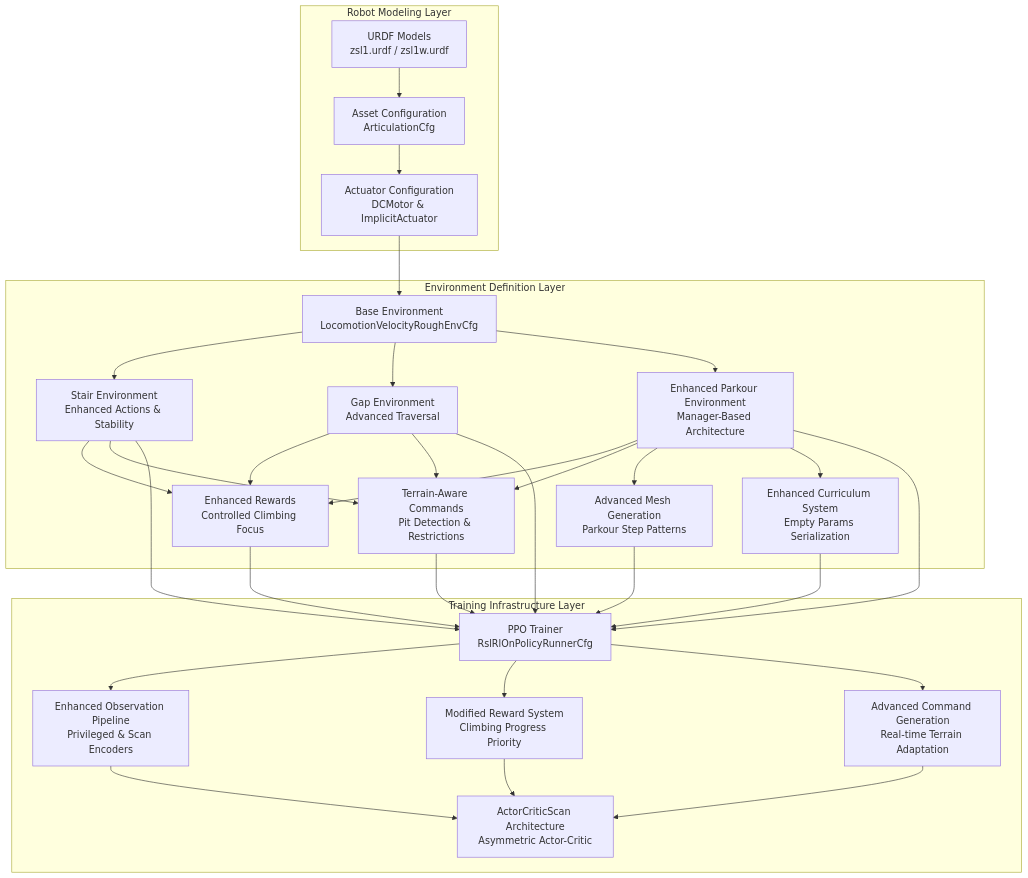
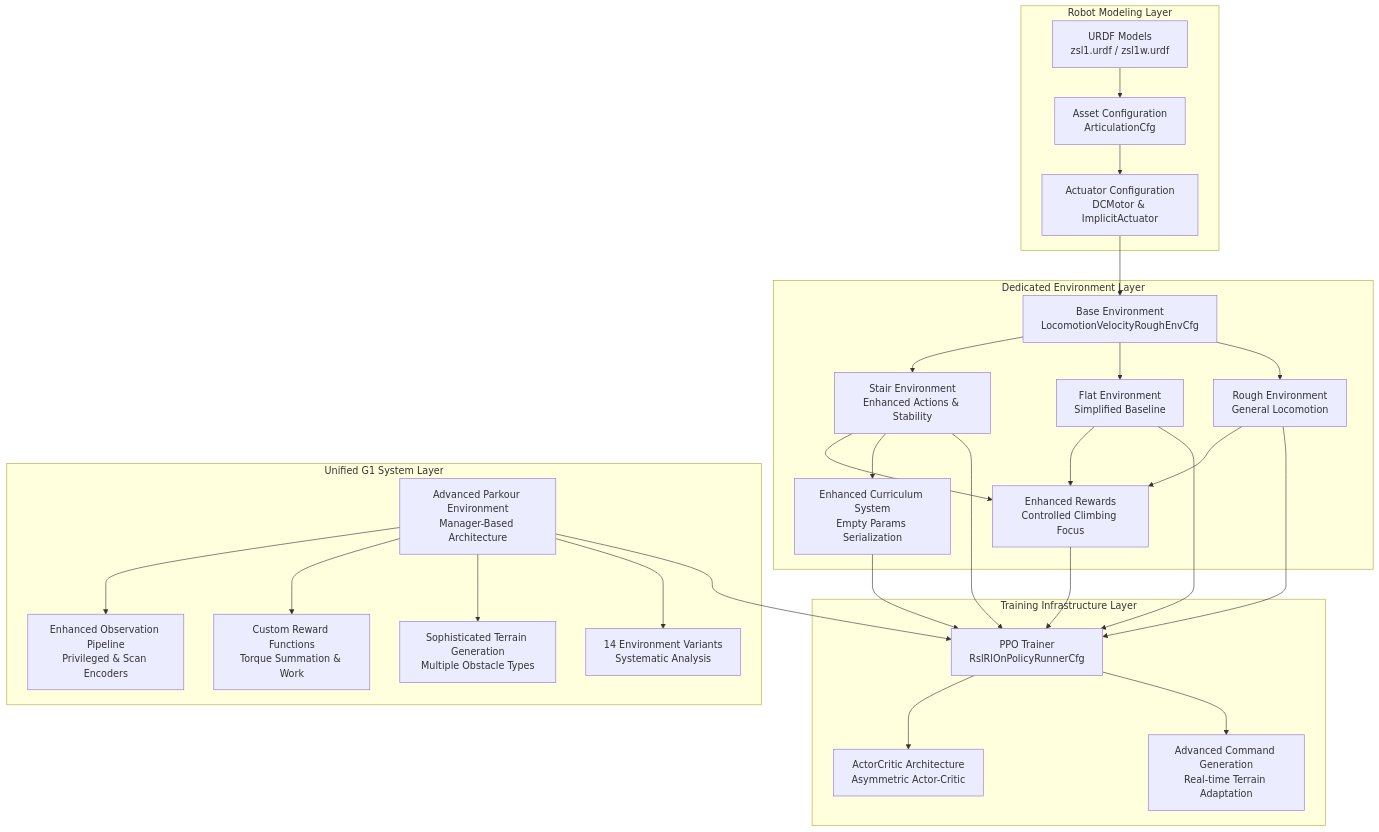
The second of 13 diagrams in .qoder/repowiki/en/content/ZSIBOT ZSL1 Stair Climbing Configuration.md (jayjayhust/robot_lab), drawn with Mermaid before and after one commit. The commit also changed other lines of this file and 14 other files, not shown here.

````diff
--- a/.qoder/repowiki/en/content/ZSIBOT ZSL1 Stair Climbing Configuration.md
+++ b/.qoder/repowiki/en/content/ZSIBOT ZSL1 Stair Climbing Configuration.md
@@ -199,52 +156,50 @@
 ```mermaid
 graph TB
 subgraph "Robot Modeling Layer"
 URDF_MODEL["URDF Models<br/>zsl1.urdf / zsl1w.urdf"]
 ASSET_CONFIG["Asset Configuration<br/>ArticulationCfg"]
 ACTUATOR_CONFIG["Actuator Configuration<br/>DCMotor & ImplicitActuator"]
 end
-subgraph "Environment Definition Layer"
+subgraph "Dedicated Environment Layer"
 BASE_ENV["Base Environment<br/>LocomotionVelocityRoughEnvCfg"]
 STAIR_ENV["Stair Environment<br/>Enhanced Actions & Stability"]
-GAP_ENV["Gap Environment<br/>Advanced Traversal"]
-PARKOUR_ENV["Enhanced Parkour Environment<br/>Manager-Based Architecture"]
+FLAT_ENV["Flat Environment<br/>Simplified Baseline"]
+ROUGH_ENV["Rough Environment<br/>General Locomotion"]
 ENHANCED_REWARDS["Enhanced Rewards<br/>Controlled Climbing Focus"]
-TERRAIN_COMMANDS["Terrain-Aware Commands<br/>Pit Detection & Restrictions"]
-MESH_GENERATION["Advanced Mesh Generation<br/>Parkour Step Patterns"]
-CURRICULUM_SYSTEM["Enhanced Curriculum System<br/>Empty Params Serialization"]
+STAIR_CURRICULUM["Enhanced Curriculum System<br/>Empty Params Serialization"]
+end
+subgraph "Unified G1 System Layer"
+PARKOUR_ENV["Advanced Parkour Environment<br/>Manager-Based Architecture"]
+PARKOUR_OBS["Enhanced Observation Pipeline<br/>Privileged & Scan Encoders"]
+PARKOUR_REWARDS["Custom Reward Functions<br/>Torque Summation & Work"]
+PARKOUR_TERRAINS["Sophisticated Terrain Generation<br/>Multiple Obstacle Types"]
+PARKOUR_ABLATIONS["14 Environment Variants<br/>Systematic Analysis"]
 end
 subgraph "Training Infrastructure Layer"
 PPO_TRAINER["PPO Trainer<br/>RslRlOnPolicyRunnerCfg"]
-OBSERVATION["Enhanced Observation Pipeline<br/>Privileged & Scan Encoders"]
-REWARD_SYSTEM["Modified Reward System<br/>Climbing Progress Priority"]
+NEURAL_NETWORK["ActorCritic Architecture<br/>Asymmetric Actor-Critic"]
 COMMAND_GENERATION["Advanced Command Generation<br/>Real-time Terrain Adaptation"]
-NEURAL_NETWORK["ActorCriticScan Architecture<br/>Asymmetric Actor-Critic"]
 end
 URDF_MODEL --> ASSET_CONFIG
 ASSET_CONFIG --> ACTUATOR_CONFIG
 ACTUATOR_CONFIG --> BASE_ENV
 BASE_ENV --> STAIR_ENV
-BASE_ENV --> GAP_ENV
-BASE_ENV --> PARKOUR_ENV
+BASE_ENV --> FLAT_ENV
+BASE_ENV --> ROUGH_ENV
 STAIR_ENV --> ENHANCED_REWARDS
-GAP_ENV --> ENHANCED_REWARDS
-PARKOUR_ENV --> ENHANCED_REWARDS
-STAIR_ENV --> TERRAIN_COMMANDS
-GAP_ENV --> TERRAIN_COMMANDS
-PARKOUR_ENV --> TERRAIN_COMMANDS
-PARKOUR_ENV --> MESH_GENERATION
-PARKOUR_ENV --> CURRICULUM_SYSTEM
+FLAT_ENV --> ENHANCED_REWARDS
+ROUGH_ENV --> ENHANCED_REWARDS
+STAIR_ENV --> STAIR_CURRICULUM
+STAIR_ENV --> PPO_TRAINER
+FLAT_ENV --> PPO_TRAINER
+ROUGH_ENV --> PPO_TRAINER
+PARKOUR_ENV --> PARKOUR_OBS
+PARKOUR_ENV --> PARKOUR_REWARDS
+PARKOUR_ENV --> PARKOUR_TERRAINS
+PARKOUR_ENV --> PARKOUR_ABLATIONS
+PARKOUR_ENV --> PPO_TRAINER
 ENHANCED_REWARDS --> PPO_TRAINER
-TERRAIN_COMMANDS --> PPO_TRAINER
-MESH_GENERATION --> PPO_TRAINER
-CURRICULUM_SYSTEM --> PPO_TRAINER
-STAIR_ENV --> PPO_TRAINER
-GAP_ENV --> PPO_TRAINER
-PARKOUR_ENV --> PPO_TRAINER
-PPO_TRAINER --> OBSERVATION
-PPO_TRAINER --> REWARD_SYSTEM
+STAIR_CURRICULUM --> PPO_TRAINER
+PPO_TRAINER --> NEURAL_NETWORK
 PPO_TRAINER --> COMMAND_GENERATION
-OBSERVATION --> NEURAL_NETWORK
-REWARD_SYSTEM --> NEURAL_NETWORK
-COMMAND_GENERATION --> NEURAL_NETWORK
 ```
````
